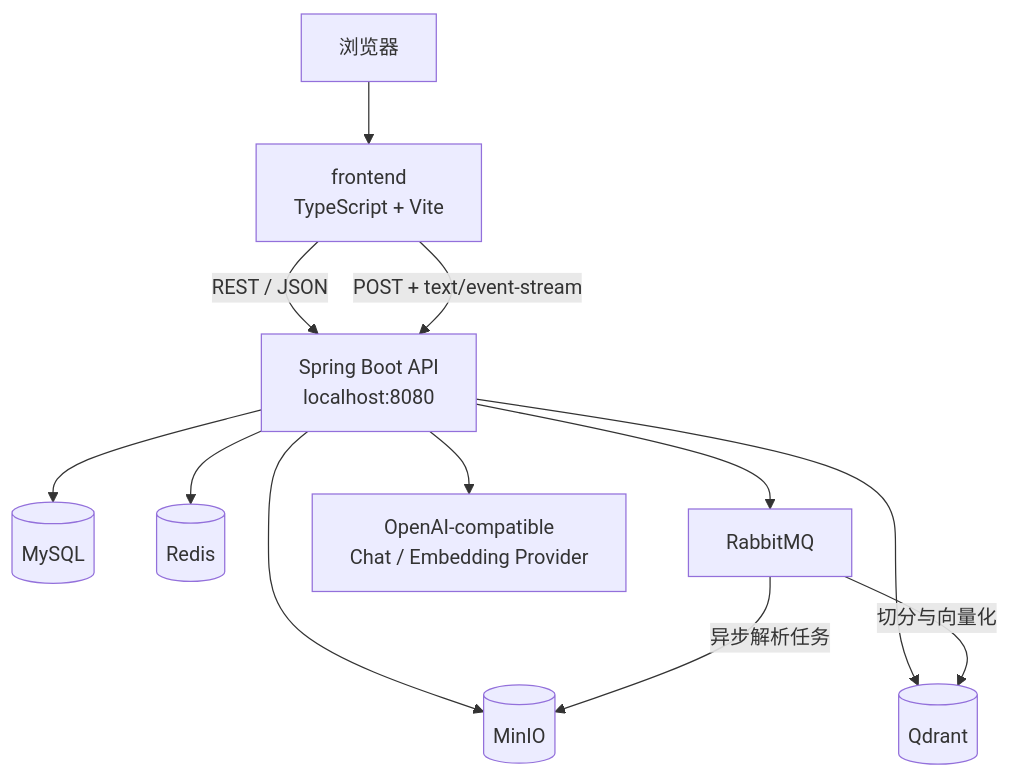
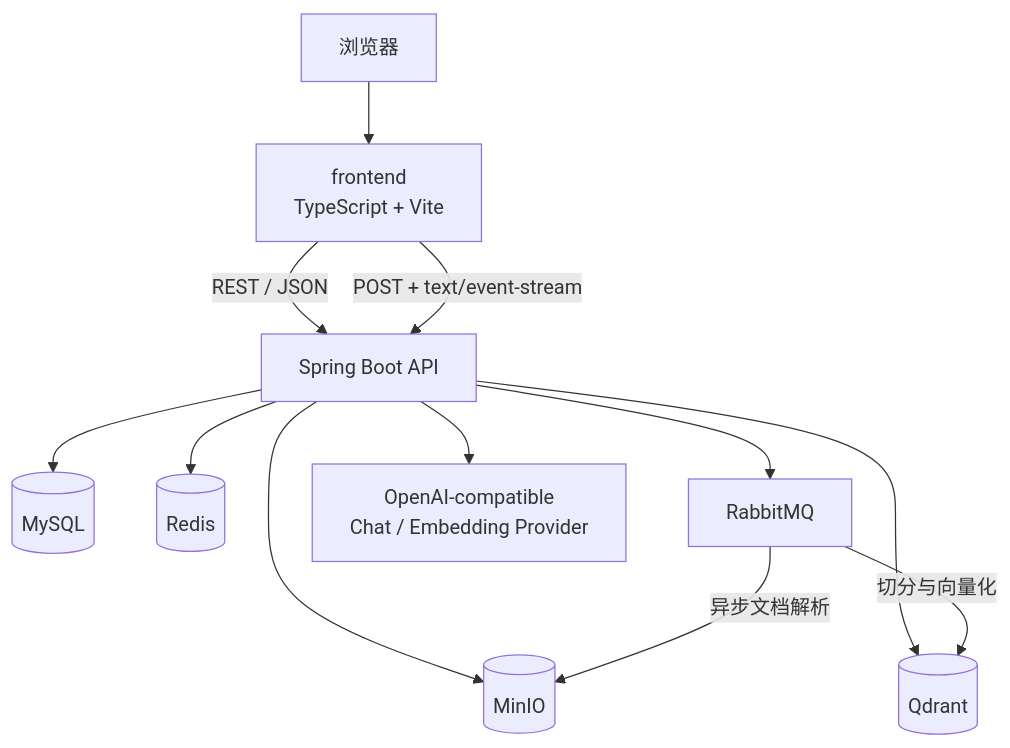
One commit to Comui520/learnhub changed the second of 2 diagrams in README.md. Above: the diagram before and after it, drawn with Mermaid. The commit also changed other lines of this file and 14 other files, not shown here.

````diff
--- a/README.md
+++ b/README.md
@@ -60,24 +97,24 @@
 ```mermaid
 flowchart TB
     U[浏览器]
     FE[frontend\nTypeScript + Vite]
-    API[Spring Boot API\nlocalhost:8080]
+    API[Spring Boot API]
     DB[(MySQL)]
     REDIS[(Redis)]
     MQ[RabbitMQ]
     MINIO[(MinIO)]
     QDRANT[(Qdrant)]
     MODEL[OpenAI-compatible\nChat / Embedding Provider]
 
     U --> FE
     FE -->|REST / JSON| API
     FE -->|POST + text/event-stream| API
     API --> DB
     API --> REDIS
     API --> MQ
     API --> MINIO
     API --> QDRANT
     API --> MODEL
-    MQ -->|异步解析任务| MINIO
+    MQ -->|异步文档解析| MINIO
     MQ -->|切分与向量化| QDRANT
 ```
````
